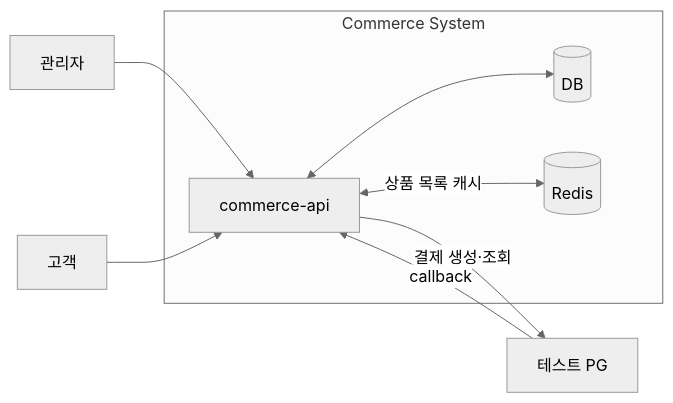
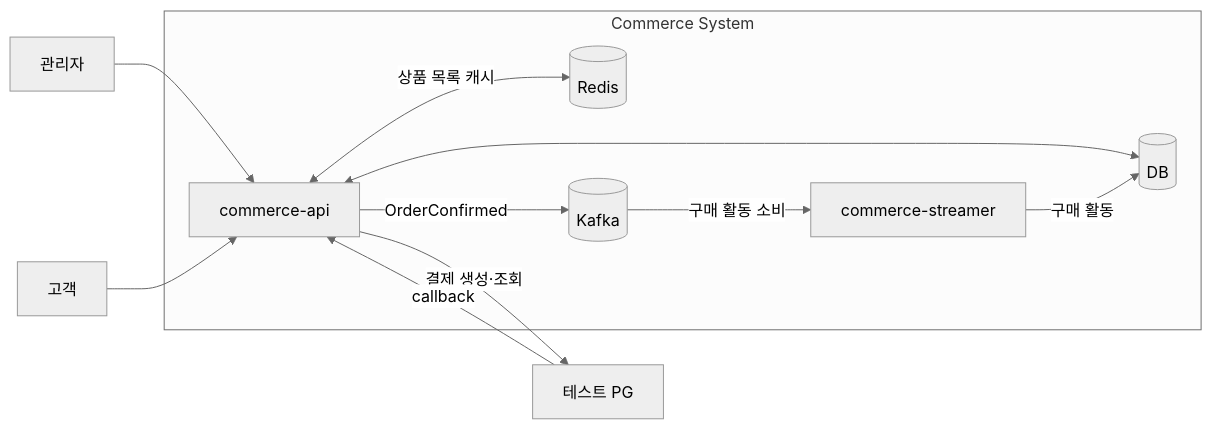
The first of 2 diagrams in docs/system-design/system-overview.md (loopers-labs/loop-pack-be-l2-vol5-java), drawn with Mermaid (neutral theme) before and after one commit. The commit also changed other lines of this file and 7 other files, not shown here.

````diff
--- a/docs/system-design/system-overview.md
+++ b/docs/system-design/system-overview.md
@@ -9,20 +9,25 @@
 ```mermaid
 flowchart LR
     Admin[관리자]
     Customer[고객]
 
     subgraph Commerce["Commerce System"]
         API["commerce-api"]
         DB[("DB")]
         Redis[("Redis")]
+        Kafka[("Kafka")]
+        Streamer["commerce-streamer"]
         API <--> DB
         API <-->|"상품 목록 캐시"| Redis
+        API -->|"OrderConfirmed"| Kafka
+        Kafka -->|"구매 활동 소비"| Streamer
+        Streamer -->|"구매 활동"| DB
     end
 
     PG["테스트 PG"]
     API -->|"결제 생성·조회"| PG
     PG -->|"callback"| API
 
     Admin --> API
     Customer --> API
 ```
````
